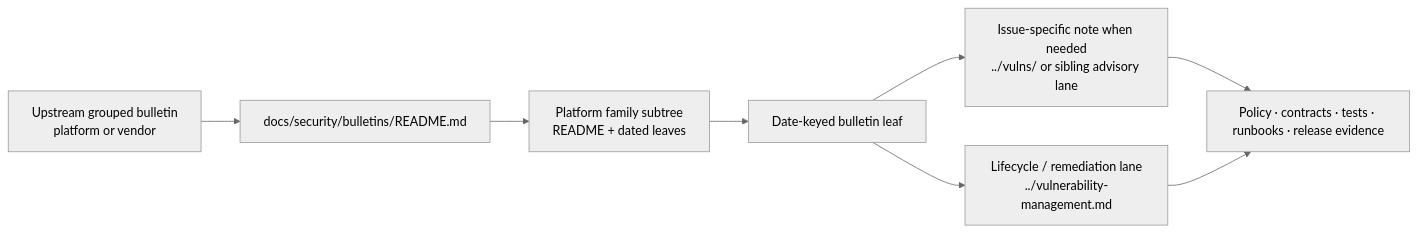
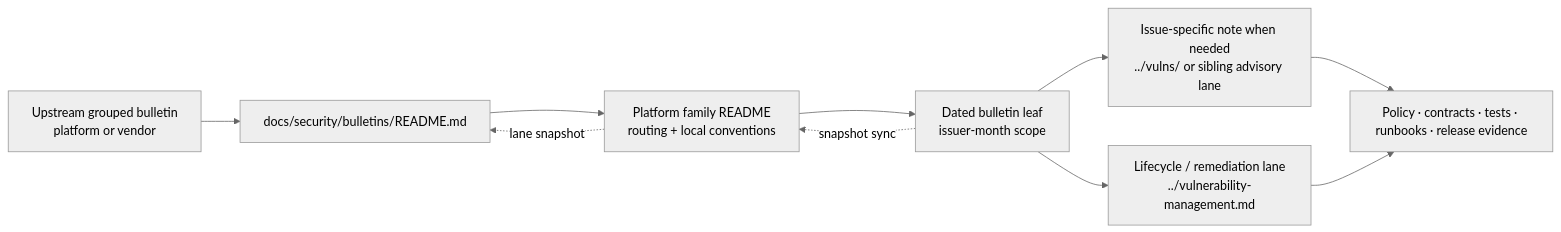
One commit to bartytime4life/Kansas-Frontier-Matrix changed the diagram in docs/security/bulletins/README.md. Above: the diagram before and after it, drawn with Mermaid (neutral theme). The commit also changed other lines of this file, not shown here.

````diff
--- a/docs/security/bulletins/README.md
+++ b/docs/security/bulletins/README.md
@@ -226,10 +279,12 @@
 ```mermaid
 flowchart LR
     A[Upstream grouped bulletin<br/>platform or vendor] --> B[docs/security/bulletins/README.md]
-    B --> C[Platform family subtree<br/>README + dated leaves]
-    C --> D[Date-keyed bulletin leaf]
+    B --> C[Platform family README<br/>routing + local conventions]
+    C --> D[Dated bulletin leaf<br/>issuer-month scope]
     D --> E[Issue-specific note when needed<br/>../vulns/ or sibling advisory lane]
     D --> F[Lifecycle / remediation lane<br/>../vulnerability-management.md]
     E --> G[Policy · contracts · tests · runbooks · release evidence]
     F --> G
+    D -.snapshot sync.-> C
+    C -.lane snapshot.-> B
 ```
````
